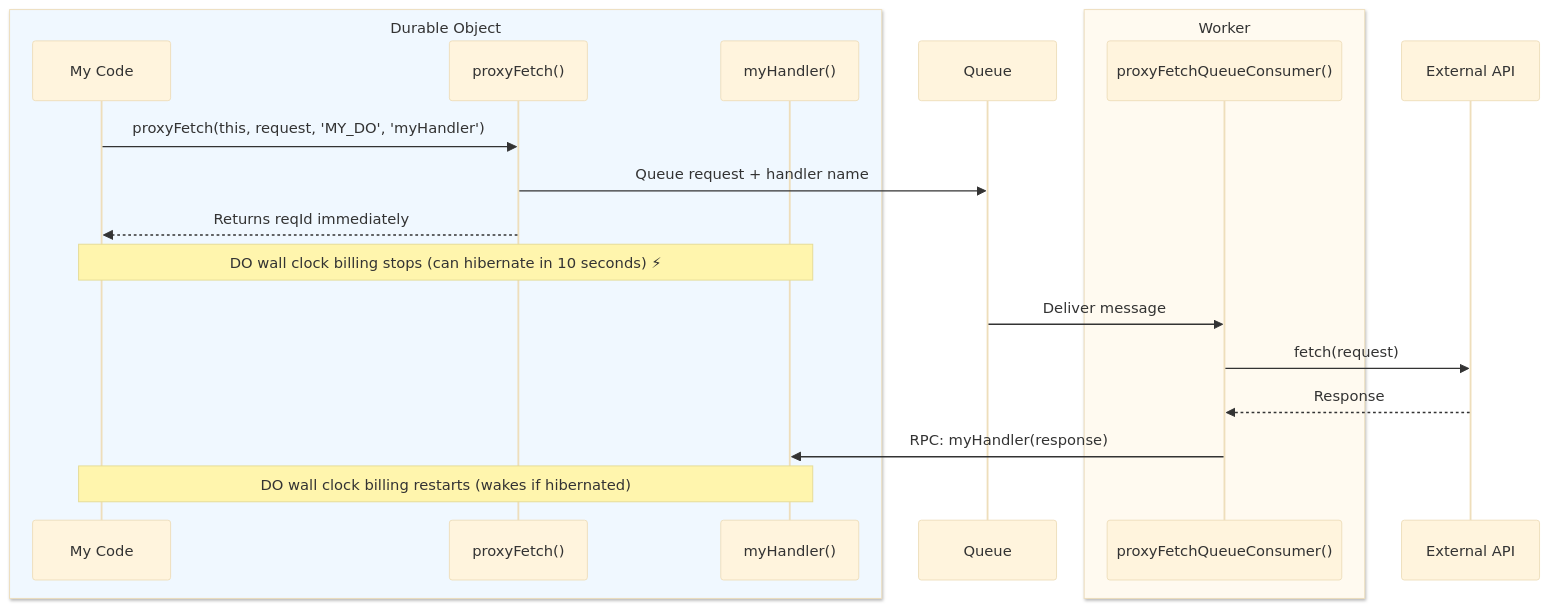
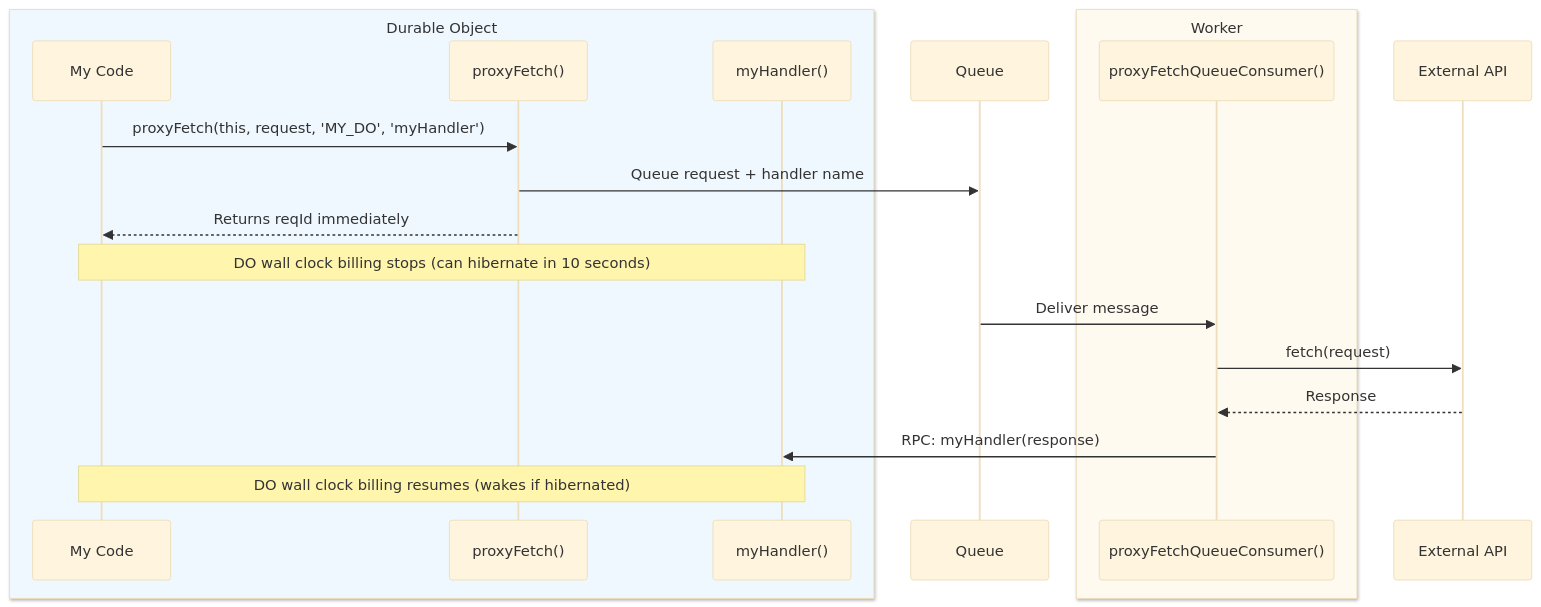
One commit to lumenize/lumenize changed the diagram in website/docs/proxy-fetch/queue.mdx. Above: the diagram before and after it, drawn with Mermaid (base theme). The commit also changed 1 other file, not shown here.

Commit message:
Fixed diagram for DO variant of proxy-fetch

````diff
--- a/website/docs/proxy-fetch/queue.mdx
+++ b/website/docs/proxy-fetch/queue.mdx
@@ -18,24 +18,24 @@
 ```mermaid @skip-check
 sequenceDiagram
     box rgb(240, 248, 255) Durable Object
         participant User as My Code
         participant ProxyFetch as proxyFetch()
         participant Handler as myHandler()
     end
     participant Queue as Queue
     box rgb(255, 250, 240) Worker
         participant QueueConsumer as proxyFetchQueueConsumer()
     end
     participant API as External API
 
     User->>ProxyFetch: proxyFetch(this, request, 'MY_DO', 'myHandler')
     ProxyFetch->>Queue: Queue request + handler name
     ProxyFetch-->>User: Returns reqId immediately
-    Note over User,Handler: DO wall clock billing stops (can hibernate in 10 seconds) ⚡
+    Note over User,Handler: DO wall clock billing stops (can hibernate in 10 seconds)
 
     Queue->>QueueConsumer: Deliver message
     QueueConsumer->>API: fetch(request)
     API-->>QueueConsumer: Response
     QueueConsumer->>Handler: RPC: myHandler(response)
-    Note over User,Handler: DO wall clock billing restarts (wakes if hibernated)
+    Note over User,Handler: DO wall clock billing resumes (wakes if hibernated)
 ```
````
